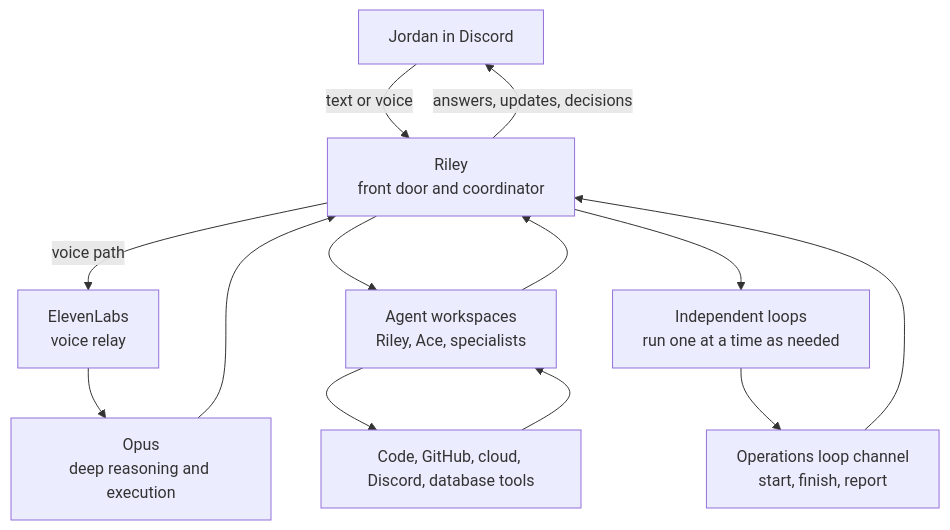
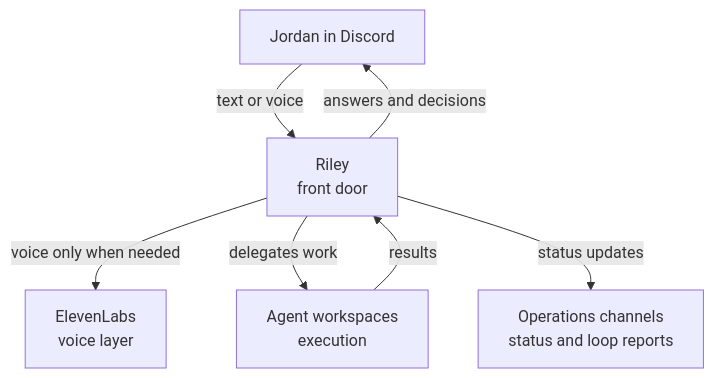
One commit to jflessenkemper/ASAP-discord changed the diagram in README.md. Above: the diagram before and after it, drawn with Mermaid. The commit also changed 1 other file, not shown here.

Commit message:
Simplify architecture diagrams

````diff
--- a/README.md
+++ b/README.md
@@ -32,24 +32,15 @@
 ```mermaid
 flowchart TD
     User[Jordan in Discord]
-    Riley[Riley<br/>front door and coordinator]
-    Voice[ElevenLabs<br/>voice relay]
-    Opus[Opus<br/>deep reasoning and execution]
-    Workspaces[Agent workspaces<br/>Riley, Ace, specialists]
-    Loops[Independent loops<br/>run one at a time as needed]
-    LoopOps[Operations loop channel<br/>start, finish, report]
-    Tools[Code, GitHub, cloud, Discord, database tools]
+    Riley[Riley<br/>front door]
+    Voice[ElevenLabs<br/>voice layer]
+    Workspaces[Agent workspaces<br/>execution]
+    Ops[Operations channels<br/>status and loop reports]
 
     User -->|text or voice| Riley
-    Riley -->|voice path| Voice
-    Voice --> Opus
-    Opus --> Riley
-    Riley --> Workspaces
-    Workspaces --> Tools
-    Tools --> Workspaces
-    Workspaces --> Riley
-    Riley --> Loops
-    Loops --> LoopOps
-    LoopOps --> Riley
-    Riley -->|answers, updates, decisions| User
+    Riley -->|voice only when needed| Voice
+    Riley -->|delegates work| Workspaces
+    Workspaces -->|results| Riley
+    Riley -->|status updates| Ops
+    Riley -->|answers and decisions| User
 ```
````
